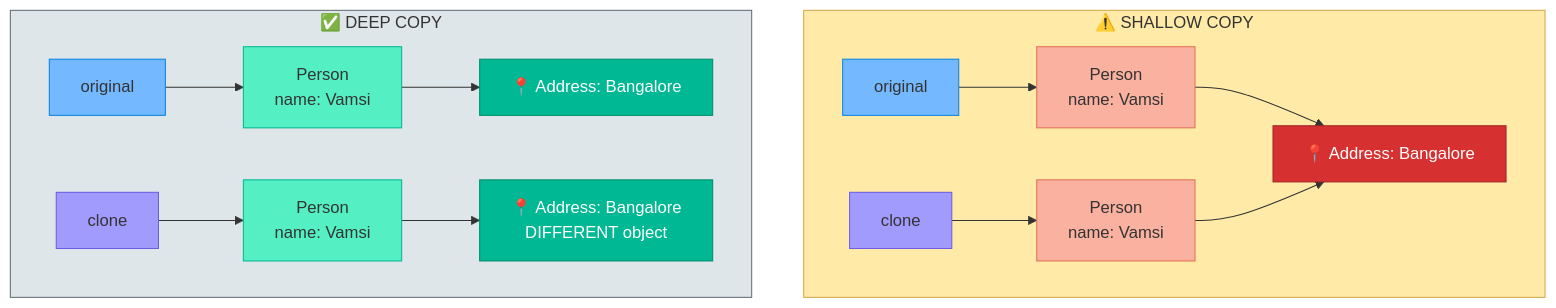
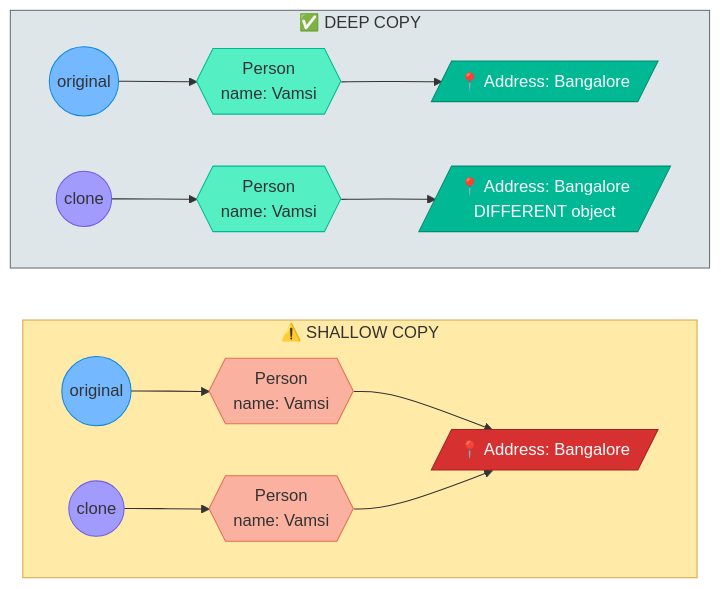
One commit to saivamsikaruturi/vamsilabs-dev-notes-main changed the diagram in docs/java/Cloning.md. Above: the diagram before and after it, drawn with Mermaid. The commit also changed 146 other files, not shown here.

Commit message:
Horizontal diagrams, UML class diagrams, typography overhaul, and permalink cleanup

````diff
--- a/docs/java/Cloning.md
+++ b/docs/java/Cloning.md
@@ -9,30 +9,32 @@
 ```mermaid
-graph TD
+flowchart LR
     subgraph SHALLOW["⚠️ SHALLOW COPY"]
-        SO["original"] --> SP["Person<br/>name: Vamsi"]
-        SP --> SA["📍 Address: Bangalore"]
-        SC["clone"] --> SP2["Person<br/>name: Vamsi"]
+        direction LR
+        SO(("original")) --> SP{{"Person<br/>name: Vamsi"}}
+        SP --> SA[/"📍 Address: Bangalore"/]
+        SC(("clone")) --> SP2{{"Person<br/>name: Vamsi"}}
         SP2 --> SA
     end
 
     subgraph DEEP["✅ DEEP COPY"]
-        DO["original"] --> DP["Person<br/>name: Vamsi"]
-        DP --> DA["📍 Address: Bangalore"]
-        DC["clone"] --> DP2["Person<br/>name: Vamsi"]
-        DP2 --> DA2["📍 Address: Bangalore<br/>DIFFERENT object"]
+        direction LR
+        DO(("original")) --> DP{{"Person<br/>name: Vamsi"}}
+        DP --> DA[/"📍 Address: Bangalore"/]
+        DC(("clone")) --> DP2{{"Person<br/>name: Vamsi"}}
+        DP2 --> DA2[/"📍 Address: Bangalore<br/>DIFFERENT object"/]
     end
 
     style SHALLOW fill:#ffeaa7,stroke:#d4a84b,color:#333
     style DEEP fill:#dfe6e9,stroke:#636e72,color:#333
     style SO fill:#74b9ff,stroke:#0984e3,color:#333
     style SC fill:#a29bfe,stroke:#6c5ce7,color:#333
     style SP fill:#fab1a0,stroke:#e17055,color:#333
     style SP2 fill:#fab1a0,stroke:#e17055,color:#333
     style SA fill:#d63031,stroke:#a02525,color:#fff
     style DO fill:#74b9ff,stroke:#0984e3,color:#333
     style DC fill:#a29bfe,stroke:#6c5ce7,color:#333
     style DP fill:#55efc4,stroke:#00b894,color:#333
     style DP2 fill:#55efc4,stroke:#00b894,color:#333
     style DA fill:#00b894,stroke:#008c6e,color:#fff
     style DA2 fill:#00b894,stroke:#008c6e,color:#fff
 ```
````
